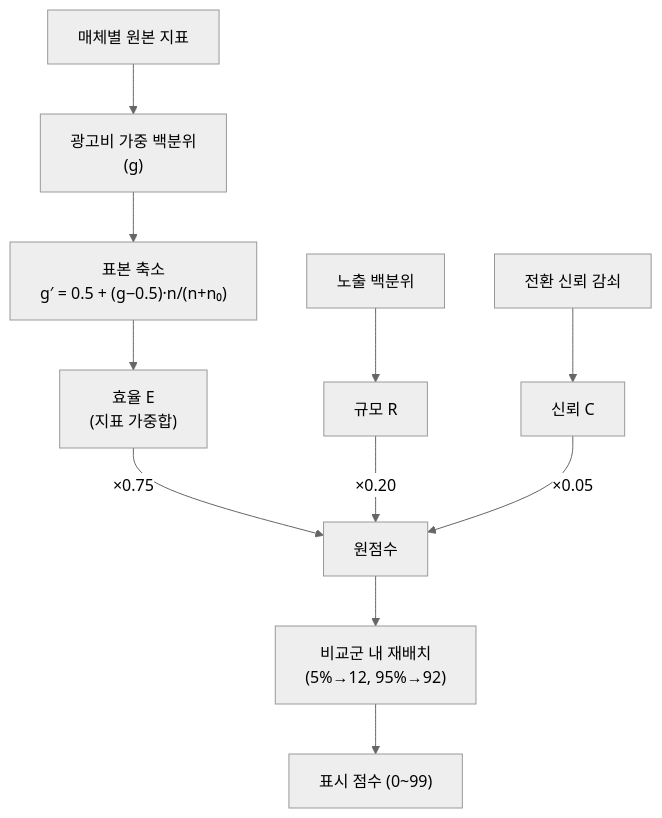
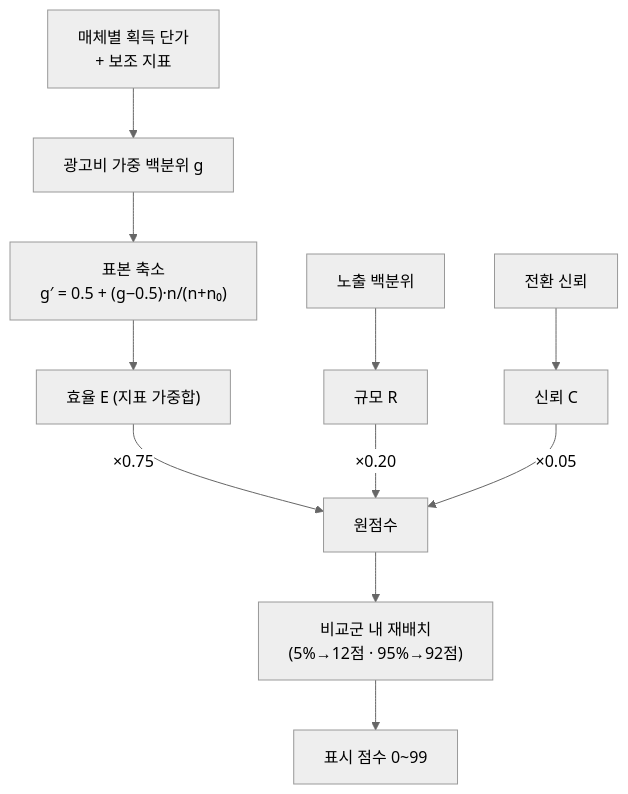
One commit to hansy-daangn/CreativeReporter changed the fourth of 4 diagrams in docs/PRESENTATION.md. Above: the diagram before and after it, drawn with Mermaid (neutral theme). The commit also changed other lines of this file, not shown here.

````diff
--- a/docs/PRESENTATION.md
+++ b/docs/PRESENTATION.md
@@ -308,13 +328,13 @@
 ```mermaid
 flowchart TD
-    M["매체별 원본 지표"] --> W["광고비 가중 백분위<br/>(g)"]
+    M["매체별 획득 단가<br/>+ 보조 지표"] --> W["광고비 가중 백분위 g"]
     W --> SH["표본 축소<br/>g′ = 0.5 + (g−0.5)·n/(n+n₀)"]
-    SH --> E["효율 E<br/>(지표 가중합)"]
+    SH --> E["효율 E (지표 가중합)"]
     IMP["노출 백분위"] --> R["규모 R"]
-    CONV["전환 신뢰 감쇠"] --> C["신뢰 C"]
+    CONV["전환 신뢰"] --> C["신뢰 C"]
     E -- "×0.75" --> SUM["원점수"]
     R -- "×0.20" --> SUM
     C -- "×0.05" --> SUM
-    SUM --> RESCALE["비교군 내 재배치<br/>(5%→12, 95%→92)"]
-    RESCALE --> FINAL["표시 점수 (0~99)"]
+    SUM --> RS["비교군 내 재배치<br/>(5%→12점 · 95%→92점)"]
+    RS --> FIN["표시 점수 0~99"]
 ```
````
